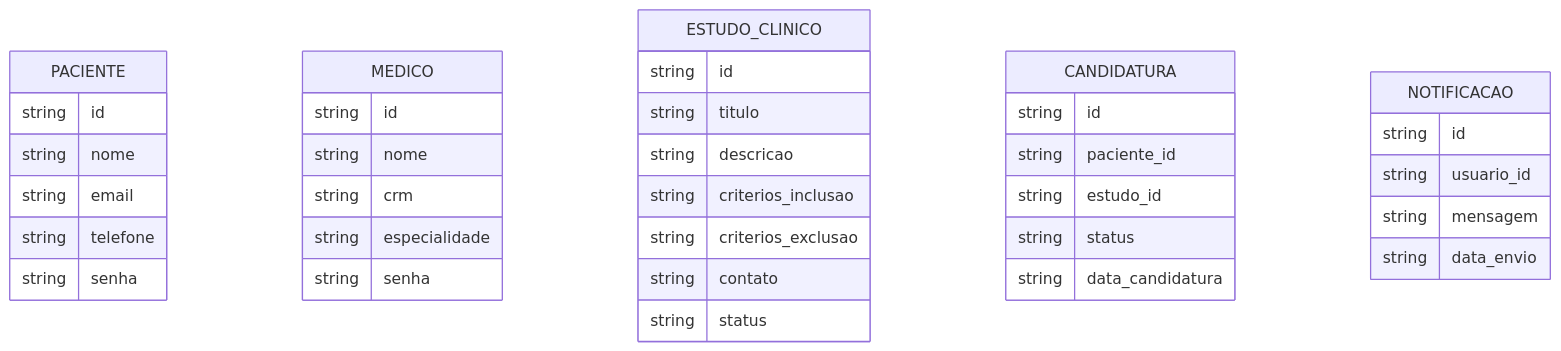
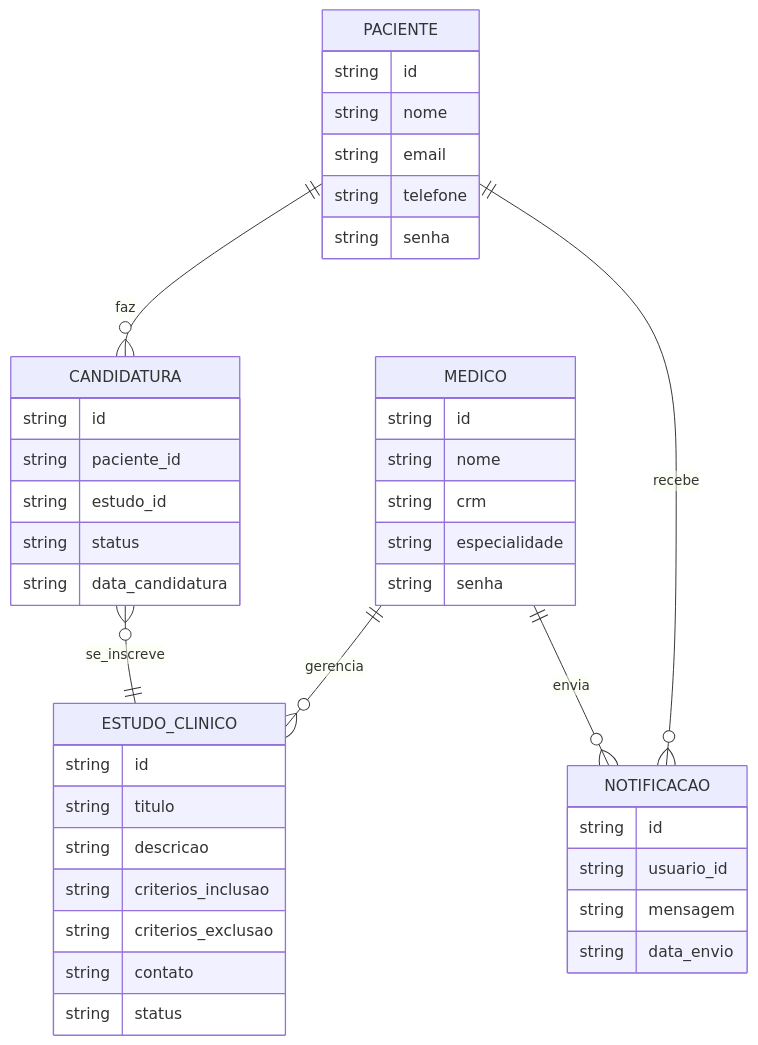
Before and after one commit to andrefilipe1310/inovamed-: the second of 2 diagrams in README.md, drawn with Mermaid.

````diff
--- a/README.md
+++ b/README.md
@@ -12,43 +12,49 @@
 ```mermaid
 erDiagram
     PACIENTE {
         string id
         string nome
         string email
         string telefone
         string senha
     }
 
     MEDICO {
         string id
         string nome
         string crm
         string especialidade
         string senha
     }
 
     ESTUDO_CLINICO {
         string id
         string titulo
         string descricao
         string criterios_inclusao
         string criterios_exclusao
         string contato
         string status
     }
 
     CANDIDATURA {
         string id
         string paciente_id
         string estudo_id
         string status
         string data_candidatura
     }
 
     NOTIFICACAO {
         string id
         string usuario_id
         string mensagem
         string data_envio
     }
+
+PACIENTE ||--o{ CANDIDATURA : faz
+    CANDIDATURA }o--|| ESTUDO_CLINICO : se_inscreve
+    MEDICO ||--o{ ESTUDO_CLINICO : gerencia
+    MEDICO ||--o{ NOTIFICACAO : envia
+    PACIENTE ||--o{ NOTIFICACAO : recebe
 ```
````
